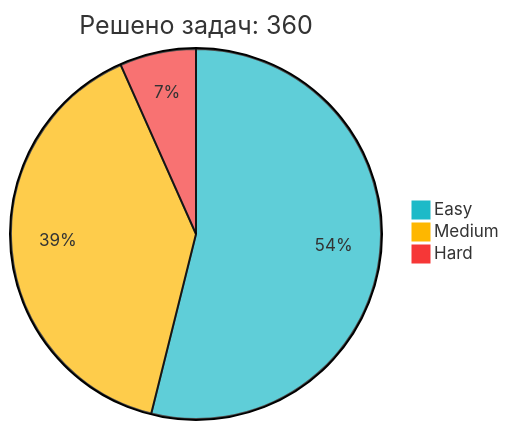
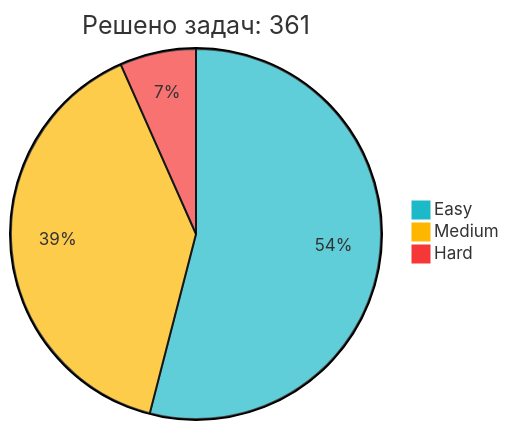
The diagram in README.md (IliaKurdukov/IliaKurdukov), drawn with Mermaid before and after one commit. The commit also changed other lines of this file, not shown here.

Commit message:
📈 Обновление статистики LeetCode

````diff
--- a/README.md
+++ b/README.md
@@ -51,7 +51,7 @@
 ```mermaid
 %%{init: {'theme': 'base', 'themeVariables': { 'pie1': '#1CBAC8', 'pie2': '#FEB700', 'pie3': '#F63737' }, 'config': {'width': 300, 'height': 200}}}%%
-pie title Решено задач: 360
-   "Easy" : 194
+pie title Решено задач: 361
+   "Easy" : 195
    "Medium" : 142
    "Hard" : 24
 ```
````
